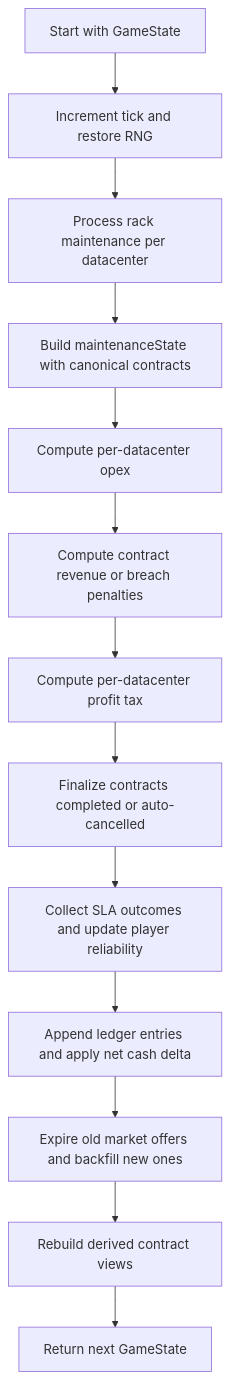
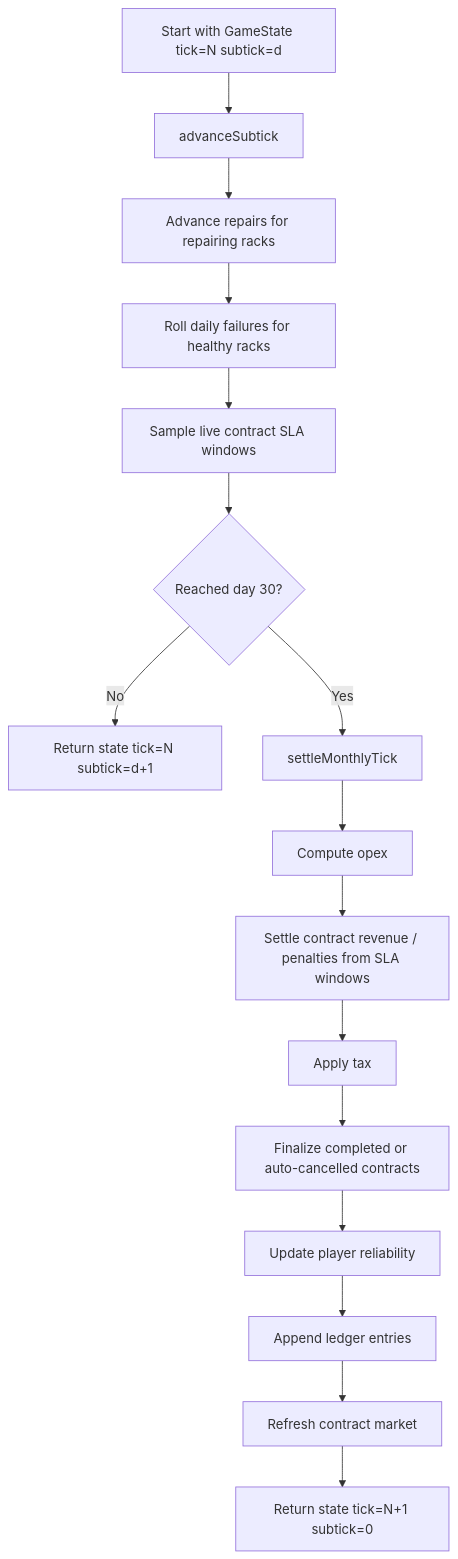
One commit to championswimmer/datacenter-tycoon changed the diagram in packages/game-logic/docs/CORE_LOOP.md. Above: the diagram before and after it, drawn with Mermaid. The commit also changed other lines of this file and 5 other files, not shown here.

Commit message:
docs(game-logic): document subtick time model

````diff
--- a/packages/game-logic/docs/CORE_LOOP.md
+++ b/packages/game-logic/docs/CORE_LOOP.md
@@ -18,15 +31,18 @@
 ```mermaid
 flowchart TD
-    A[Start with GameState] --> B[Increment tick and restore RNG]
-    B --> C[Process rack maintenance per datacenter]
-    C --> D[Build maintenanceState with canonical contracts]
-    D --> E[Compute per-datacenter opex]
-    E --> F[Compute contract revenue or breach penalties]
-    F --> G[Compute per-datacenter profit tax]
-    G --> H[Finalize contracts completed or auto-cancelled]
-    H --> I[Collect SLA outcomes and update player reliability]
-    I --> J[Append ledger entries and apply net cash delta]
-    J --> K[Expire old market offers and backfill new ones]
-    K --> L[Rebuild derived contract views]
-    L --> M[Return next GameState]
+    A[Start with GameState tick=N subtick=d] --> B[advanceSubtick]
+    B --> C[Advance repairs for repairing racks]
+    C --> D[Roll daily failures for healthy racks]
+    D --> E[Sample live contract SLA windows]
+    E --> F{Reached day 30?}
+    F -->|No| G[Return state tick=N subtick=d+1]
+    F -->|Yes| H[settleMonthlyTick]
+    H --> I[Compute opex]
+    I --> J[Settle contract revenue / penalties from SLA windows]
+    J --> K[Apply tax]
+    K --> L[Finalize completed or auto-cancelled contracts]
+    L --> M[Update player reliability]
+    M --> N[Append ledger entries]
+    N --> O[Refresh contract market]
+    O --> P[Return state tick=N+1 subtick=0]
 ```
````
